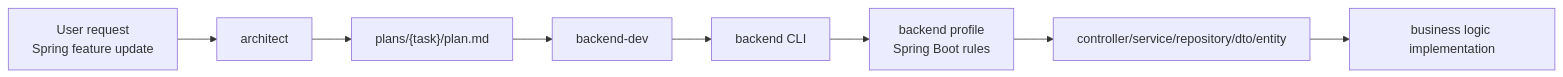
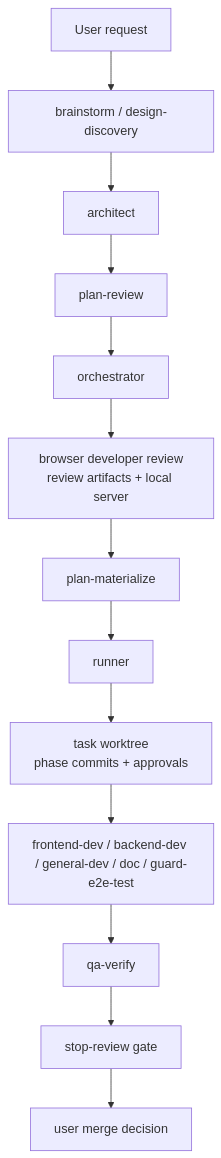
One commit to SeoJaeWan/try-claude-code changed the tenth of 14 diagrams in docs/claude-code-workflow-evolution.md. Above: the diagram before and after it, drawn with Mermaid. The commit also changed other lines of this file and 1 other file, not shown here.

````diff
--- a/docs/claude-code-workflow-evolution.md
+++ b/docs/claude-code-workflow-evolution.md
@@ -506,13 +492,18 @@
 ```mermaid
-flowchart LR
-    U["User request<br/>Spring feature update"]
+flowchart TD
+    U["User request"]
+    LOCK["brainstorm / design-discovery"]
     ARCH["architect"]
-    PLAN["plans/{task}/plan.md"]
-    BD["backend-dev"]
-    TCB["backend CLI"]
-    BP["backend profile<br/>Spring Boot rules"]
-    FILES["controller/service/repository/dto/entity"]
-    IMPL["business logic implementation"]
+    REVIEW["plan-review"]
+    ORCH["orchestrator"]
+    DEVREV["browser developer review<br/>review artifacts + local server"]
+    MAT["plan-materialize"]
+    RUN["runner"]
+    WT["task worktree<br/>phase commits + approvals"]
+    EXEC["frontend-dev / backend-dev / general-dev / doc / guard-e2e-test"]
+    QA["qa-verify"]
+    STOP["stop-review gate"]
+    MERGE["user merge decision"]
 
-    U --> ARCH --> PLAN --> BD --> TCB --> BP --> FILES --> IMPL
+    U --> LOCK --> ARCH --> REVIEW --> ORCH --> DEVREV --> MAT --> RUN --> WT --> EXEC --> QA --> STOP --> MERGE
 ```
````
